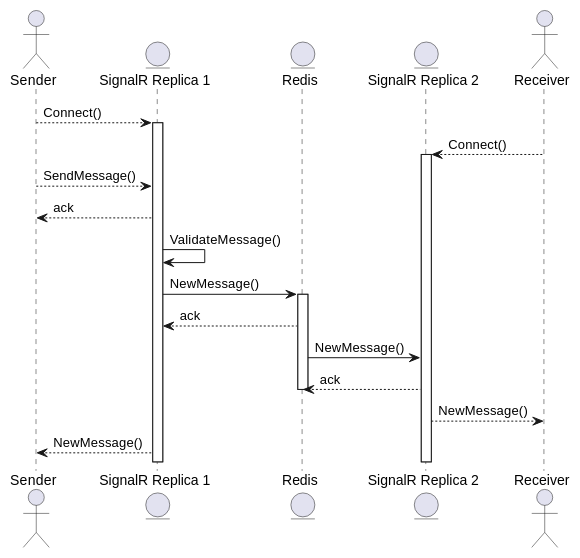
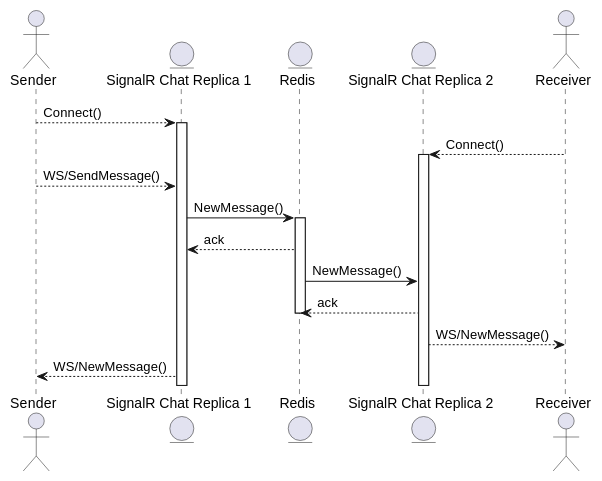
Before and after one commit to ldeluigi/microchat: the fourth of 4 diagrams in docs/architecture/sequence-diagram.md, drawn with PlantUML.

Commit message:
Update multiple replicas seq diagram

````diff
--- a/docs/architecture/sequence-diagram.md
+++ b/docs/architecture/sequence-diagram.md
@@ -142,24 +142,22 @@
 ```plantuml
 @startuml SendMessageMultipleReplicas
 actor Sender
-entity "SignalR Replica 1" as Chat
+entity "SignalR Chat Replica 1" as Chat
 entity Redis
-entity "SignalR Replica 2" as Chat2
+entity "SignalR Chat Replica 2" as Chat2
 actor Receiver
 Sender --> Chat : Connect()
 activate Chat
 Receiver --> Chat2 : Connect()
 activate Chat2
-Sender -->  Chat : SendMessage()
-Chat -->  Sender : ack
-Chat -> Chat : ValidateMessage()
+Sender -->  Chat : WS/SendMessage()
 Chat -> Redis : NewMessage()
 activate Redis
 Redis --> Chat : ack
 Redis -> Chat2 : NewMessage()
 Chat2 --> Redis : ack
 deactivate Redis
-Chat2 --> Receiver : NewMessage()
-Chat --> Sender : NewMessage()
+Chat2 --> Receiver : WS/NewMessage()
+Chat --> Sender : WS/NewMessage()
 @enduml
 ```
````
